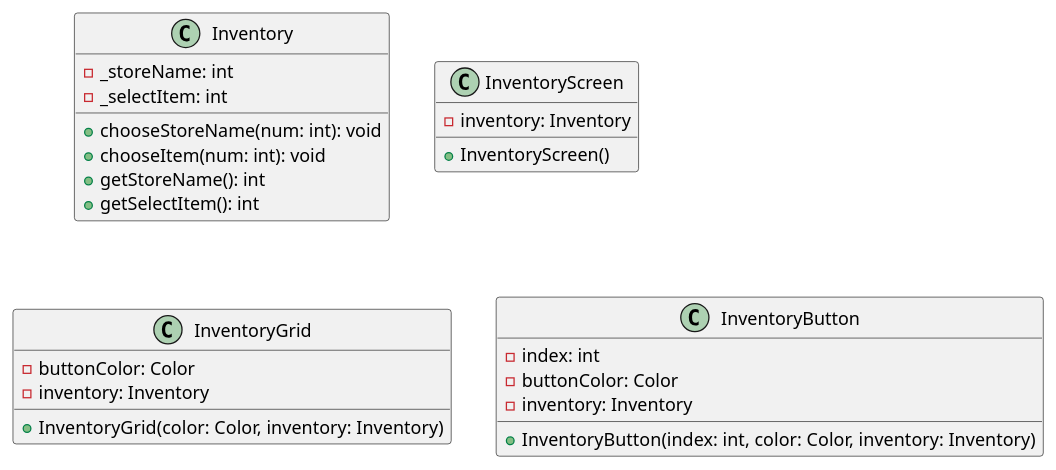
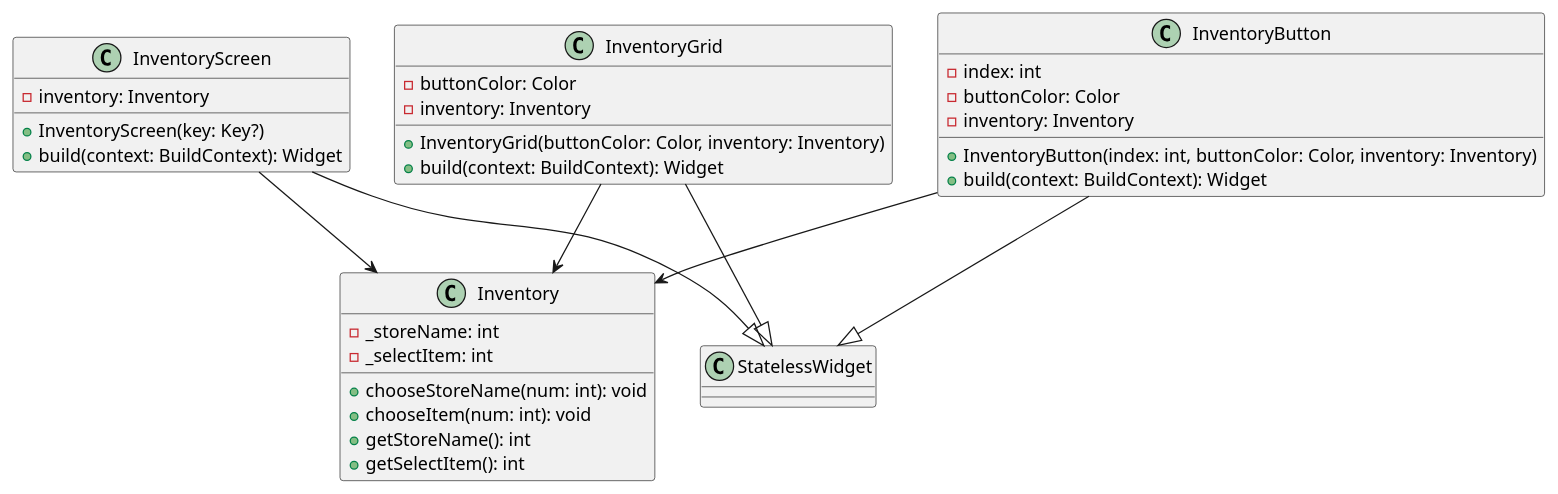
Before and after one commit to LiberationNacho/Project-pop: the diagram in class/Inventory.puml, drawn with PlantUML. The commit also changed 7 other files, not shown here.

Commit message:
클래스 다이어그램 추가

```diff
--- a/class/Inventory.puml
+++ b/class/Inventory.puml
@@ -1,32 +1,38 @@
 @startuml
 class Inventory {
   - _storeName: int
   - _selectItem: int
-
   + chooseStoreName(num: int): void
   + chooseItem(num: int): void
   + getStoreName(): int
   + getSelectItem(): int
 }
 
 class InventoryScreen {
   - inventory: Inventory
-
-  + InventoryScreen()
+  + InventoryScreen(key: Key?)
+  + build(context: BuildContext): Widget
 }
 
 class InventoryGrid {
   - buttonColor: Color
   - inventory: Inventory
-
-  + InventoryGrid(color: Color, inventory: Inventory)
+  + InventoryGrid(buttonColor: Color, inventory: Inventory)
+  + build(context: BuildContext): Widget
 }
 
 class InventoryButton {
   - index: int
   - buttonColor: Color
   - inventory: Inventory
+  + InventoryButton(index: int, buttonColor: Color, inventory: Inventory)
+  + build(context: BuildContext): Widget
+}
 
-  + InventoryButton(index: int, color: Color, inventory: Inventory)
-}
+InventoryScreen --|> StatelessWidget
+InventoryScreen --> Inventory
+InventoryGrid --|> StatelessWidget
+InventoryGrid --> Inventory
+InventoryButton --|> StatelessWidget
+InventoryButton --> Inventory
 @enduml
```
